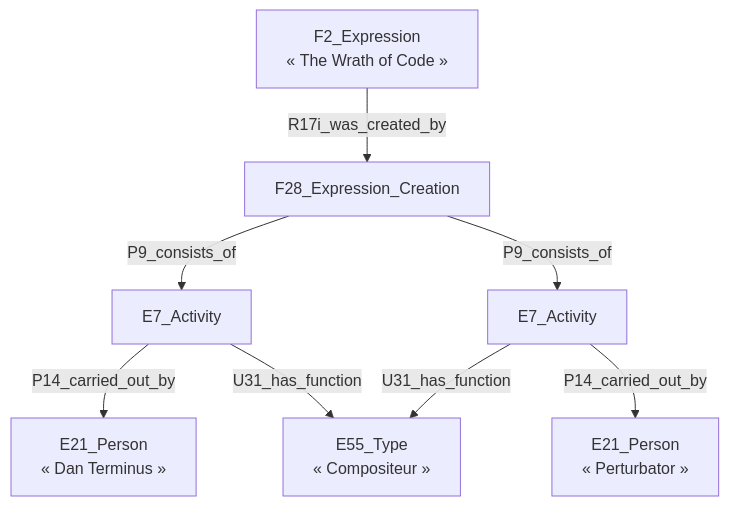
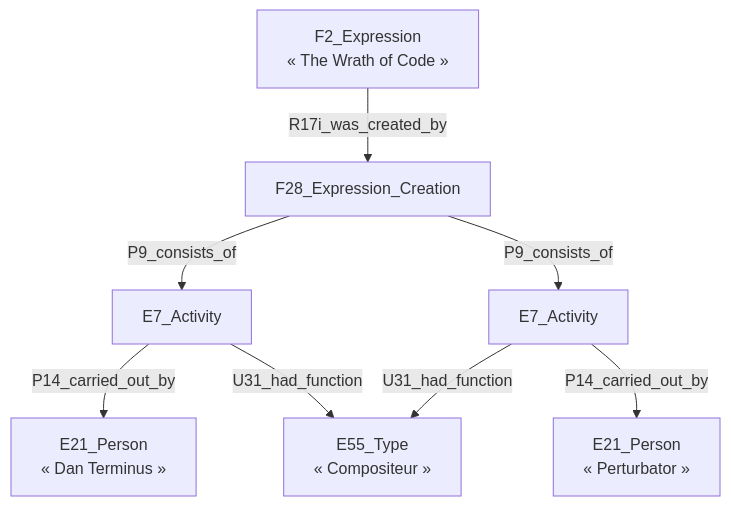
Before and after one commit to sherlock-iremus/sherlock-grist-to-crm: the diagram in README.md, drawn with Mermaid. The commit also changed other lines of this file, not shown here.

````diff
--- a/README.md
+++ b/README.md
@@ -34,15 +34,15 @@
 ```mermaid
 flowchart TB
     F2_Expression[F2_Expression<br>« The Wrath of Code »] -->|R17i_was_created_by| F28_Expression_Creation
     F28_Expression_Creation -->|P9_consists_of| E7a
     F28_Expression_Creation -->|P9_consists_of| E7b
     E7a[E7_Activity]
     E7b[E7_Activity]
     E55_compositeur[E55_Type<br>« Compositeur »]
     E21a[E21_Person<br>« Dan Terminus »]
     E21b[E21_Person<br>« Perturbator »]
     E7a -->|P14_carried_out_by| E21a
-    E7a -->|U31_has_function| E55_compositeur
+    E7a -->|U31_had_function| E55_compositeur
     E7b -->|P14_carried_out_by| E21b
-    E7b -->|U31_has_function| E55_compositeur
+    E7b -->|U31_had_function| E55_compositeur
 ```
````
